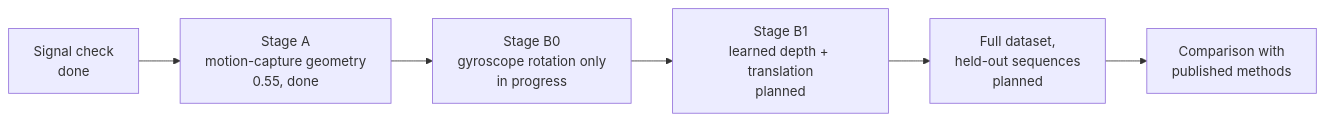
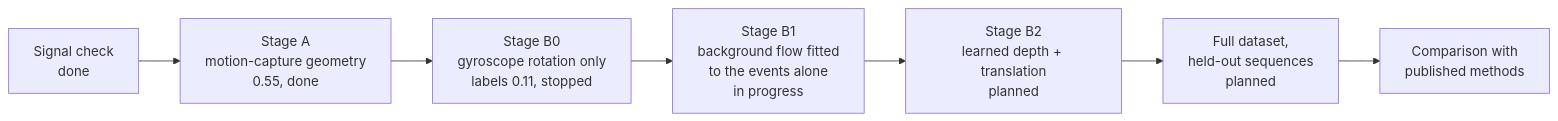
The third of 4 diagrams in README.md (sadi2003q/ABP), drawn with Mermaid before and after one commit. The commit also changed other lines of this file and 3 other files, not shown here.

First line of the commit message:
Stage B1: pseudo-labels from background flow fitted to the events alone

````diff
--- a/README.md
+++ b/README.md
@@ -132,8 +132,9 @@
 ```mermaid
 flowchart LR
     A["Signal check<br/>done"] --> B["Stage A<br/>motion-capture geometry<br/>0.55, done"]
-    B --> C["Stage B0<br/>gyroscope rotation only<br/>in progress"]
-    C --> D["Stage B1<br/>learned depth + translation<br/>planned"]
-    D --> F["Full dataset,<br/>held-out sequences<br/>planned"]
+    B --> C["Stage B0<br/>gyroscope rotation only<br/>labels 0.11, stopped"]
+    C --> D["Stage B1<br/>background flow fitted<br/>to the events alone<br/>in progress"]
+    D --> E["Stage B2<br/>learned depth + translation<br/>planned"]
+    E --> F["Full dataset,<br/>held-out sequences<br/>planned"]
     F --> G["Comparison with<br/>published methods"]
 ```
````
